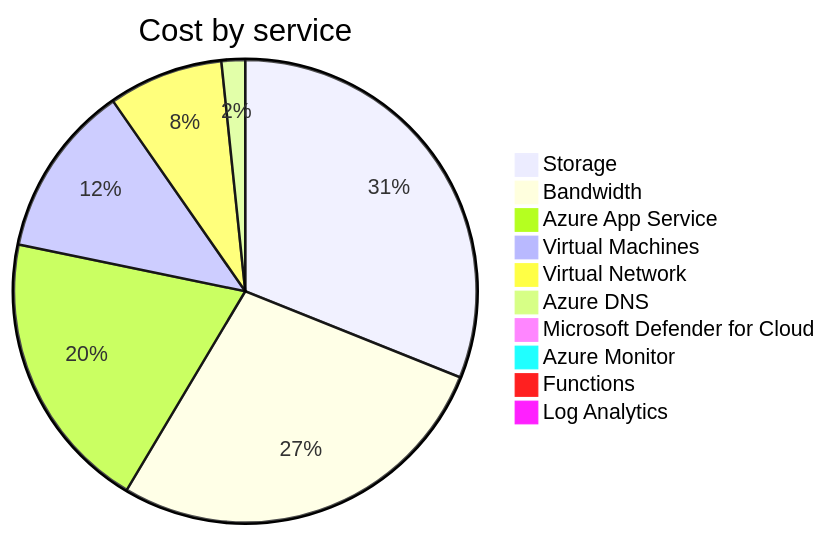
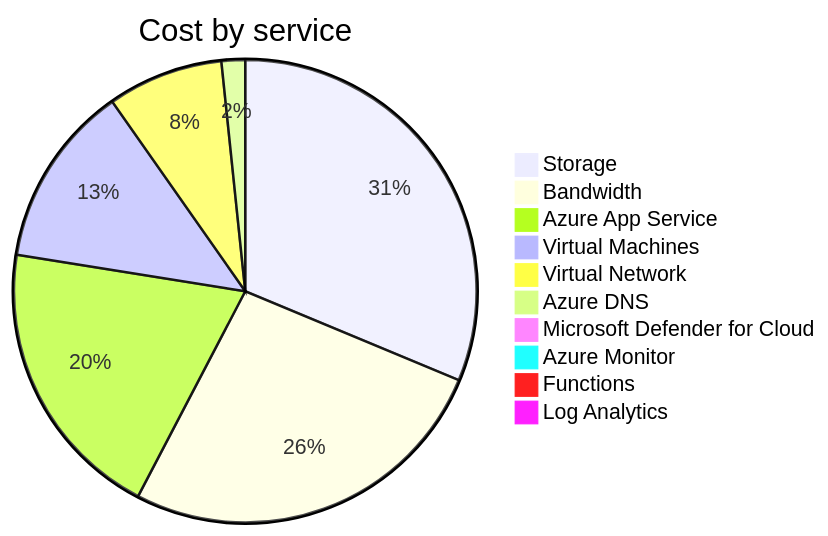
The second of 4 diagrams in cost-reports/accumulated-cost.md (jpfulton/azure-personal-reports), drawn with Mermaid before and after one commit. The commit also changed other lines of this file and 4 other files, not shown here.

````diff
--- a/cost-reports/accumulated-cost.md
+++ b/cost-reports/accumulated-cost.md
@@ -100,14 +100,14 @@
 ```mermaid
 pie
    title Cost by service
-   "Storage" : 9.22
+   "Storage" : 9.67
    "Bandwidth" : 8.16
-   "Azure App Service" : 5.84
-   "Virtual Machines" : 3.59
-   "Virtual Network" : 2.38
-   "Azure DNS" : 0.49
-   "Microsoft Defender for Cloud" : 0.25
+   "Azure App Service" : 6.14
+   "Virtual Machines" : 3.94
+   "Virtual Network" : 2.50
+   "Azure DNS" : 0.51
+   "Microsoft Defender for Cloud" : 0.26
    "Azure Monitor" : 0.00
    "Functions" : 0.00
    "Log Analytics" : 0.00
 ```
````
